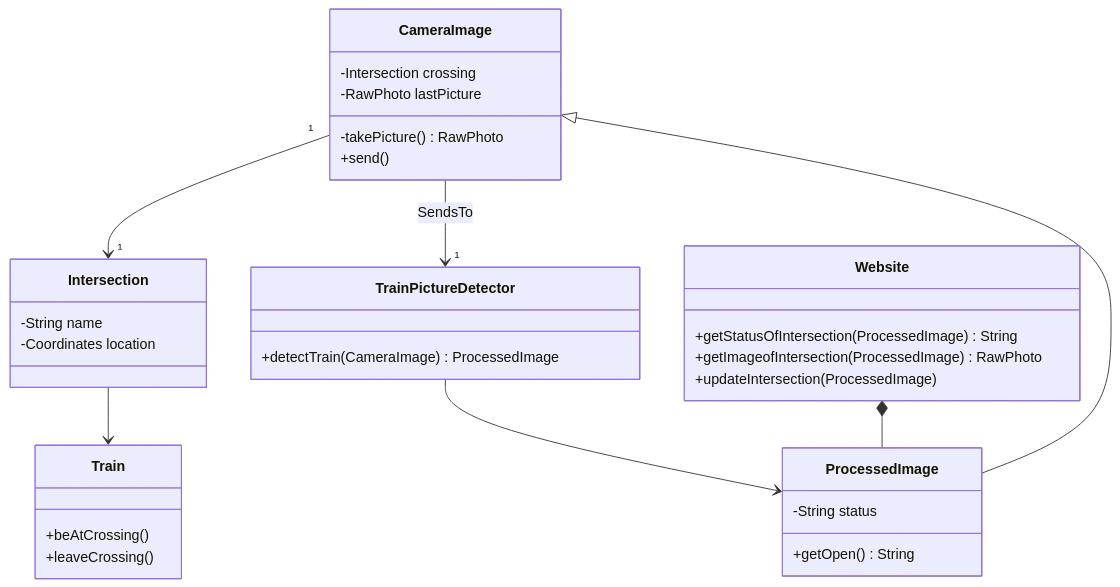
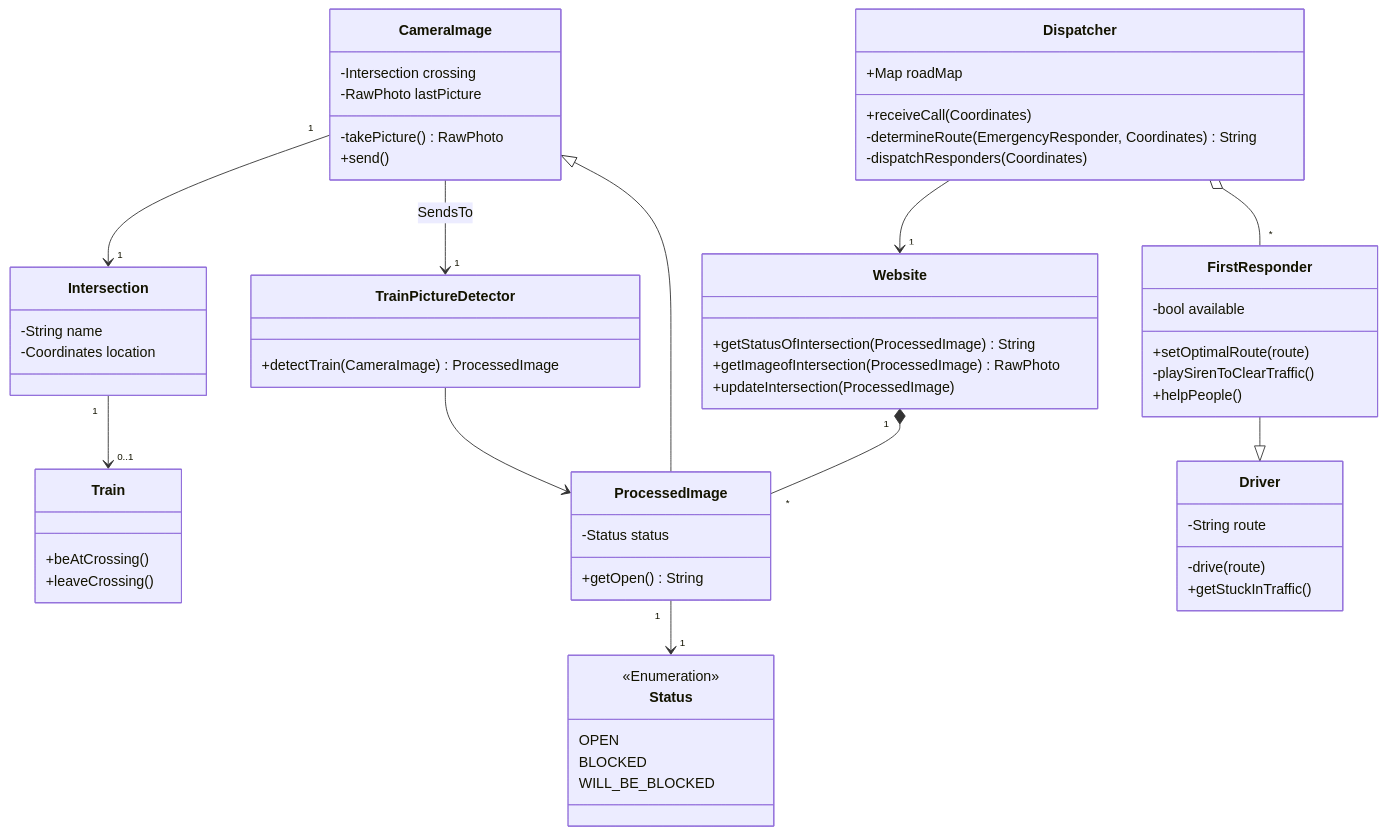
Before and after one commit to iauker01/InterFact: the diagram in Design/DomainModel.md, drawn with Mermaid.

Commit message:
Update DomainModel.md with First Responders people

````diff
--- a/Design/DomainModel.md
+++ b/Design/DomainModel.md
@@ -2,31 +2,54 @@
 ```mermaid
 classDiagram
   class Train
     Train : +beAtCrossing()
     Train : +leaveCrossing()
-  Intersection --> Train
+  Intersection "1" --> "0..1" Train
   class Intersection
     Intersection : -String name
     Intersection : -Coordinates location
   class CameraImage
     CameraImage : -Intersection crossing
     CameraImage : -RawPhoto lastPicture
     CameraImage : -takePicture() RawPhoto
     CameraImage : +send()
   CameraImage "1" --> "1" Intersection
   CameraImage --> "1" TrainPictureDetector : SendsTo
   class TrainPictureDetector
     TrainPictureDetector : +detectTrain(CameraImage) ProcessedImage
   TrainPictureDetector --> ProcessedImage
+  class Status
+    <<Enumeration>> Status
+    Status : OPEN
+    Status : BLOCKED
+    Status : WILL_BE_BLOCKED
   class ProcessedImage
-    ProcessedImage: -String status
+    ProcessedImage: -Status status
     ProcessedImage: +getOpen() String
   ProcessedImage --|> CameraImage
+  ProcessedImage "1" --> "1" Status
   class Website
     Website : +getStatusOfIntersection(ProcessedImage) String
     Website : +getImageofIntersection(ProcessedImage) RawPhoto
     Website : +updateIntersection(ProcessedImage)
-  Website *-- ProcessedImage
- 
+  Website "1" *-- "*" ProcessedImage
+  class Dispatcher
+    Dispatcher : +Map roadMap
+    Dispatcher : +receiveCall(Coordinates)
+    Dispatcher : -determineRoute(EmergencyResponder, Coordinates) String
+    Dispatcher : -dispatchResponders(Coordinates)
+  Dispatcher --> "1" Website
+  Dispatcher o-- "*" FirstResponder
+  class FirstResponder
+    FirstResponder : -bool available
+    FirstResponder : +setOptimalRoute(route)
+    FirstResponder : -playSirenToClearTraffic()
+    FirstResponder : +helpPeople()
+  FirstResponder --|> Driver
+  class Driver
+    Driver : -String route
+    Driver : -drive(route)
+    Driver : +getStuckInTraffic()
   
+    
 ```
````
